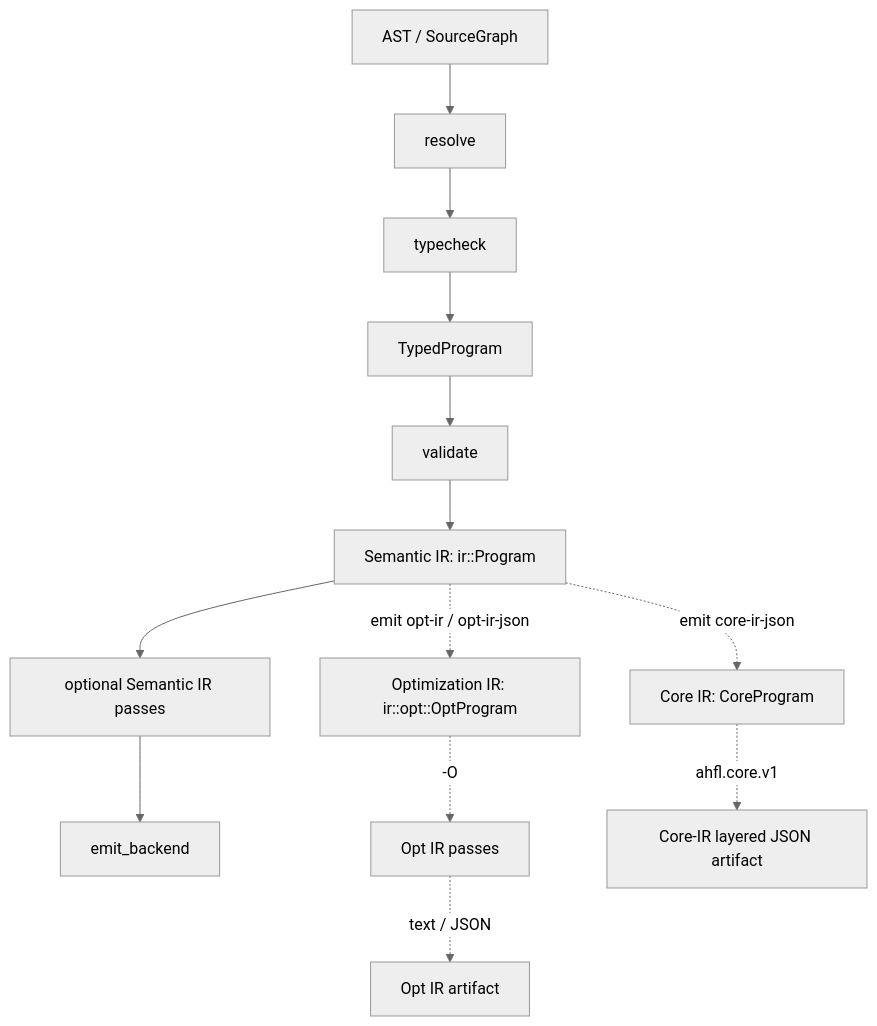
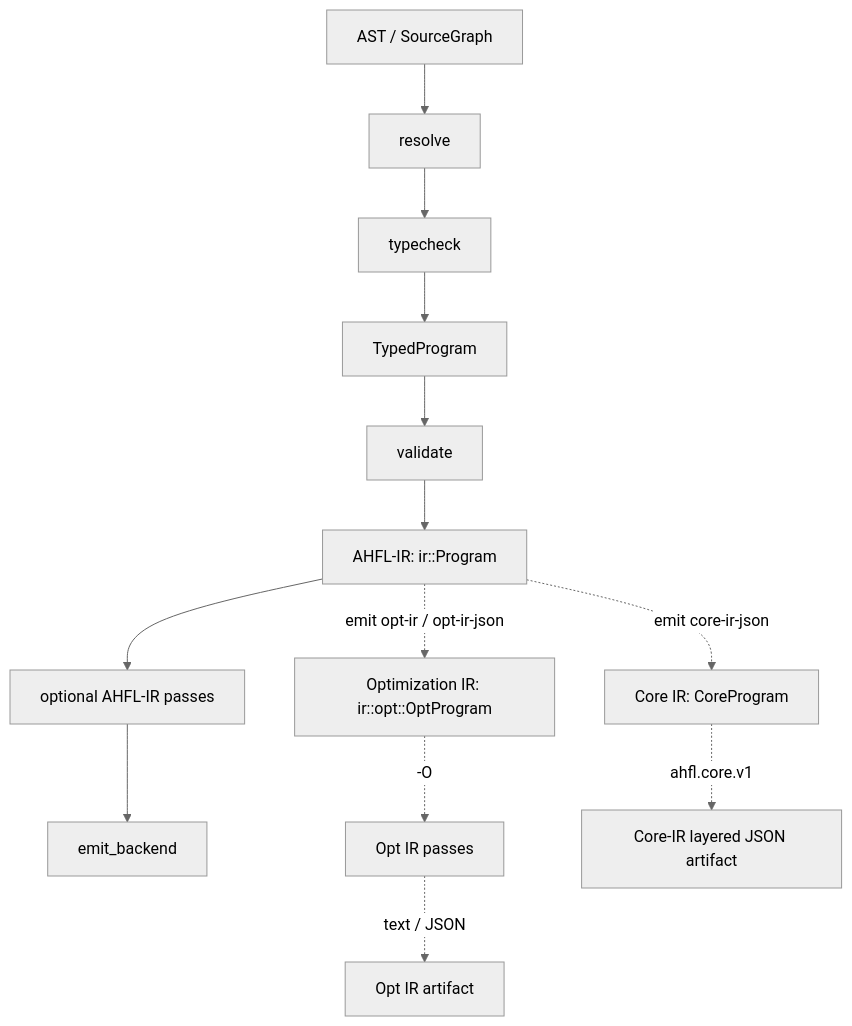
The diagram in docs/design/ir-backend-architecture.zh.md (Zzzode/AHFL), drawn with Mermaid (neutral theme) before and after one commit. The commit also changed other lines of this file and 11 other files, not shown here.

First line of the commit message:
refactor(docs): rename Semantic IR to AHFL-IR across codebase

````diff
--- a/docs/design/ir-backend-architecture.zh.md
+++ b/docs/design/ir-backend-architecture.zh.md
@@ -26,15 +26,15 @@
 ```mermaid
 flowchart TD
     Source[AST / SourceGraph] --> Resolve[resolve]
     Resolve --> Typecheck[typecheck]
     Typecheck --> TypedHIR[TypedProgram]
     TypedHIR --> Validate[validate]
-    Validate --> SemanticIR[Semantic IR: ir::Program]
-    SemanticIR --> SemanticPasses[optional Semantic IR passes]
+    Validate --> SemanticIR[AHFL-IR: ir::Program]
+    SemanticIR --> SemanticPasses[optional AHFL-IR passes]
     SemanticPasses --> Backend[emit_backend]
     SemanticIR -. "emit opt-ir / opt-ir-json" .-> OptIR[Optimization IR: ir::opt::OptProgram]
     OptIR -. "-O" .-> OptPasses[Opt IR passes]
     OptPasses -. "text / JSON" .-> OptArtifact[Opt IR artifact]
     SemanticIR -. "emit core-ir-json" .-> CoreIR[Core IR: CoreProgram]
     CoreIR -. "ahfl.core.v1" .-> CoreArtifact[Core-IR layered JSON artifact]
 ```
````
